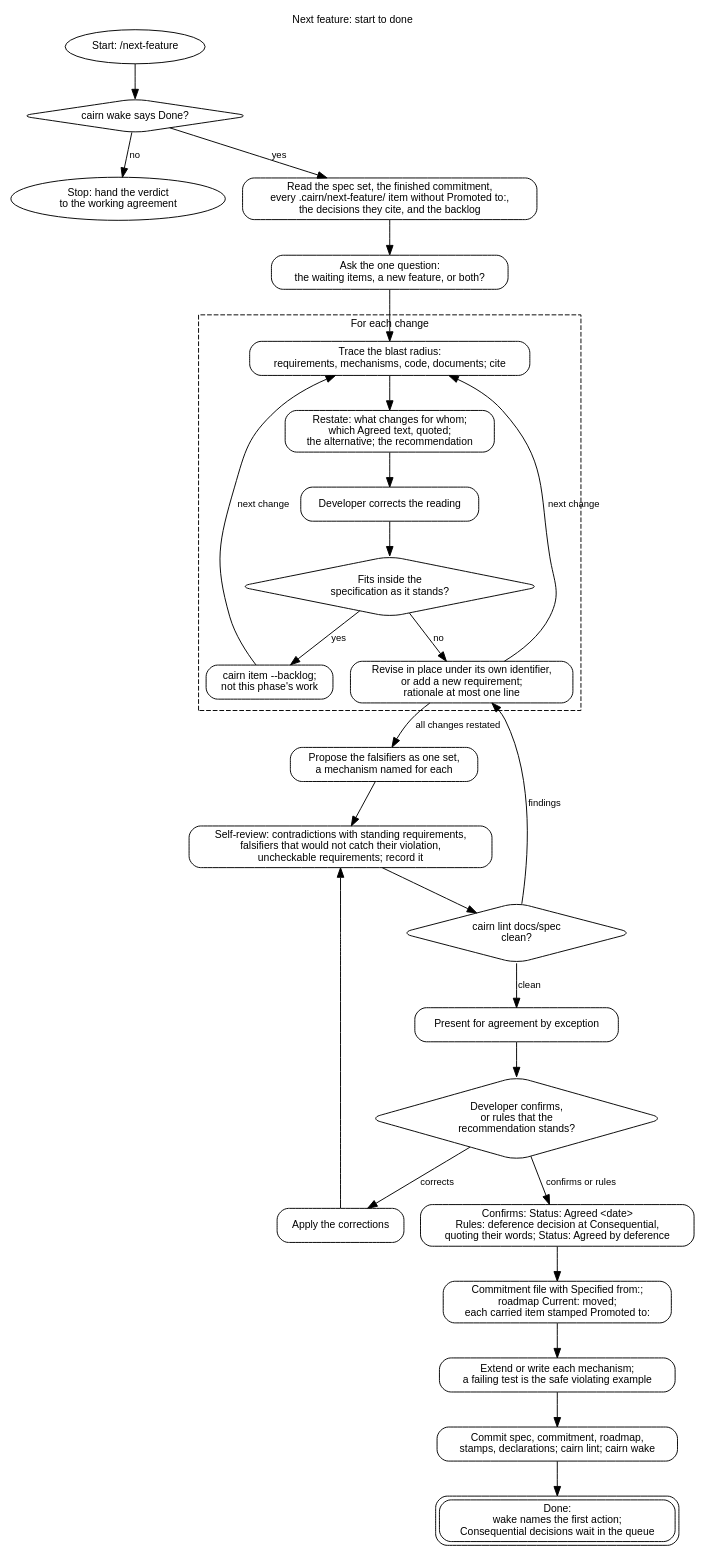
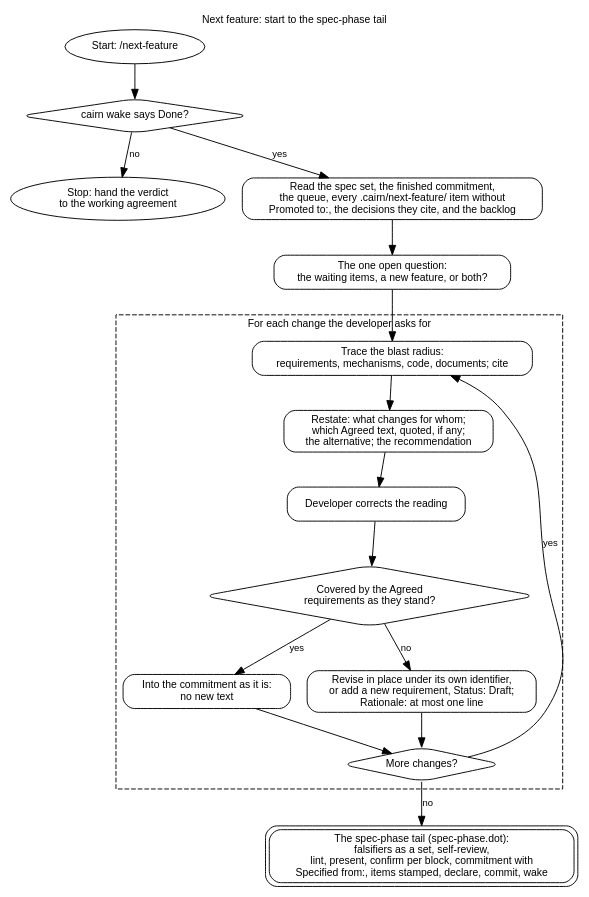
Before and after one commit to eas4ai/cairn: the diagram in docs/diagrams/next-feature.dot, drawn with Graphviz. The commit also changed 13 other files, not shown here.

Commit message:
Revise the specification against the adversarial review: one adversary at Done, four verdicts, digest-keyed predicates, precedence, the block grammar, a shared spec-phase tail

```diff
--- a/docs/diagrams/next-feature.dot
+++ b/docs/diagrams/next-feature.dot
@@ -1,53 +1,36 @@
-// Next feature: from Done to the next Agreed commitment, starting from the specification.
+// Next feature: from Done to drafted or revised requirements; the spec-phase tail finishes it.
 digraph next_feature {
   rankdir=TB;
-  graph [fontname="Helvetica", fontsize=11, labelloc=t, label="Next feature: start to done"];
+  graph [fontname="Helvetica", fontsize=11, labelloc=t, label="Next feature: start to the spec-phase tail"];
   node  [shape=box, style=rounded, fontname="Helvetica", fontsize=11];
   edge  [fontname="Helvetica", fontsize=10];
 
   start [shape=oval, label="Start: /next-feature"];
   isdone [shape=diamond, label="cairn wake says Done?"];
   notdone [shape=oval, label="Stop: hand the verdict\nto the working agreement"];
-  read [label="Read the spec set, the finished commitment,\nevery .cairn/next-feature/ item without Promoted to:,\nthe decisions they cite, and the backlog"];
-  ask [label="Ask the one question:\nthe waiting items, a new feature, or both?"];
+  read [label="Read the spec set, the finished commitment,\nthe queue, every .cairn/next-feature/ item without\nPromoted to:, the decisions they cite, and the backlog"];
+  ask [label="The one open question:\nthe waiting items, a new feature, or both?"];
 
   subgraph cluster_change {
-    label="For each change"; style=dashed; fontname="Helvetica"; fontsize=11;
+    label="For each change the developer asks for"; style=dashed; fontname="Helvetica"; fontsize=11;
     radius [label="Trace the blast radius:\nrequirements, mechanisms, code, documents; cite"];
-    restate [label="Restate: what changes for whom;\nwhich Agreed text, quoted;\nthe alternative; the recommendation"];
+    restate [label="Restate: what changes for whom;\nwhich Agreed text, quoted, if any;\nthe alternative; the recommendation"];
     corrects [label="Developer corrects the reading"];
-    fits [shape=diamond, label="Fits inside the\nspecification as it stands?"];
-    backlog [label="cairn item --backlog;\nnot this phase's work"];
-    revise [label="Revise in place under its own identifier,\nor add a new requirement;\nrationale at most one line"];
+    fits [shape=diamond, label="Covered by the Agreed\nrequirements as they stand?"];
+    covered [label="Into the commitment as it is:\nno new text"];
+    revise [label="Revise in place under its own identifier,\nor add a new requirement, Status: Draft;\nRationale: at most one line"];
+    next [shape=diamond, label="More changes?"];
   }
 
-  falsifiers [label="Propose the falsifiers as one set,\na mechanism named for each"];
-  review [label="Self-review: contradictions with standing requirements,\nfalsifiers that would not catch their violation,\nuncheckable requirements; record it"];
-  lint [shape=diamond, label="cairn lint docs/spec\nclean?"];
-  present [label="Present for agreement by exception"];
-  confirmed [shape=diamond, label="Developer confirms,\nor rules that the\nrecommendation stands?"];
-  correct [label="Apply the corrections"];
-  agreed [label="Confirms: Status: Agreed <date>\nRules: deference decision at Consequential,\nquoting their words; Status: Agreed by deference"];
-  commitment [label="Commitment file with Specified from:;\nroadmap Current: moved;\neach carried item stamped Promoted to:"];
-  mechs [label="Extend or write each mechanism;\na failing test is the safe violating example"];
-  commit [label="Commit spec, commitment, roadmap,\nstamps, declarations; cairn lint; cairn wake"];
-  done [shape=box, peripheries=2, label="Done:\nwake names the first action;\nConsequential decisions wait in the queue"];
+  tail [shape=box, peripheries=2, label="The spec-phase tail (spec-phase.dot):\nfalsifiers as a set, self-review,\nlint, present, confirm per block, commitment with\nSpecified from:, items stamped, declare, commit, wake"];
 
   start -> isdone;
   isdone -> notdone [label="no"];
   isdone -> read [label="yes"];
   read -> ask -> radius -> restate -> corrects -> fits;
-  fits -> backlog [label="yes"];
+  fits -> covered [label="yes"];
   fits -> revise [label="no"];
-  backlog -> radius [label="next change"];
-  revise -> radius [label="next change"];
-  revise -> falsifiers [label="all changes restated"];
-  falsifiers -> review -> lint;
-  lint -> revise [label="findings"];
-  lint -> present [label="clean"];
-  present -> confirmed;
-  confirmed -> correct [label="corrects"];
-  correct -> review;
-  confirmed -> agreed [label="confirms or rules"];
-  agreed -> commitment -> mechs -> commit -> done;
+  covered -> next; revise -> next;
+  next -> radius [label="yes"];
+  next -> tail [label="no"];
 }
```
